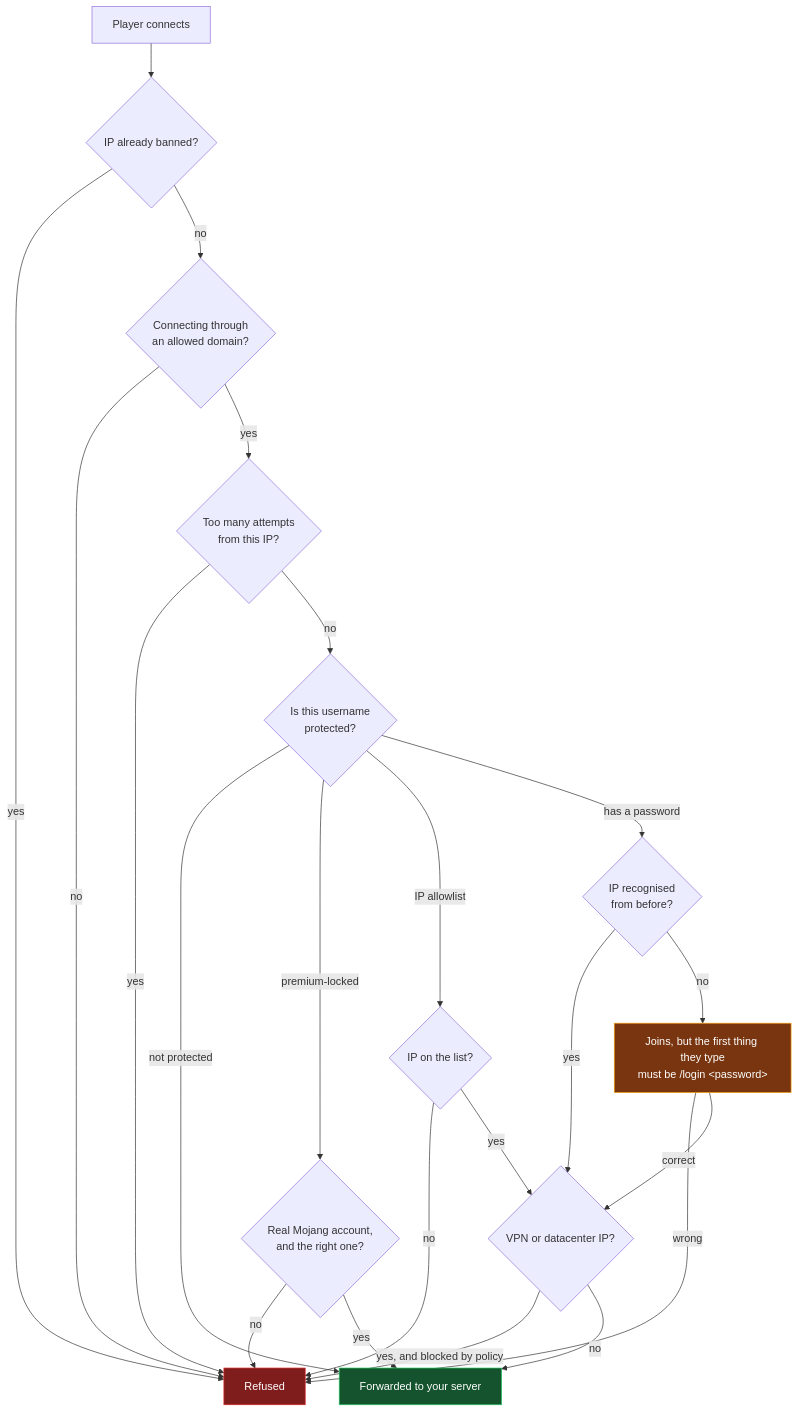
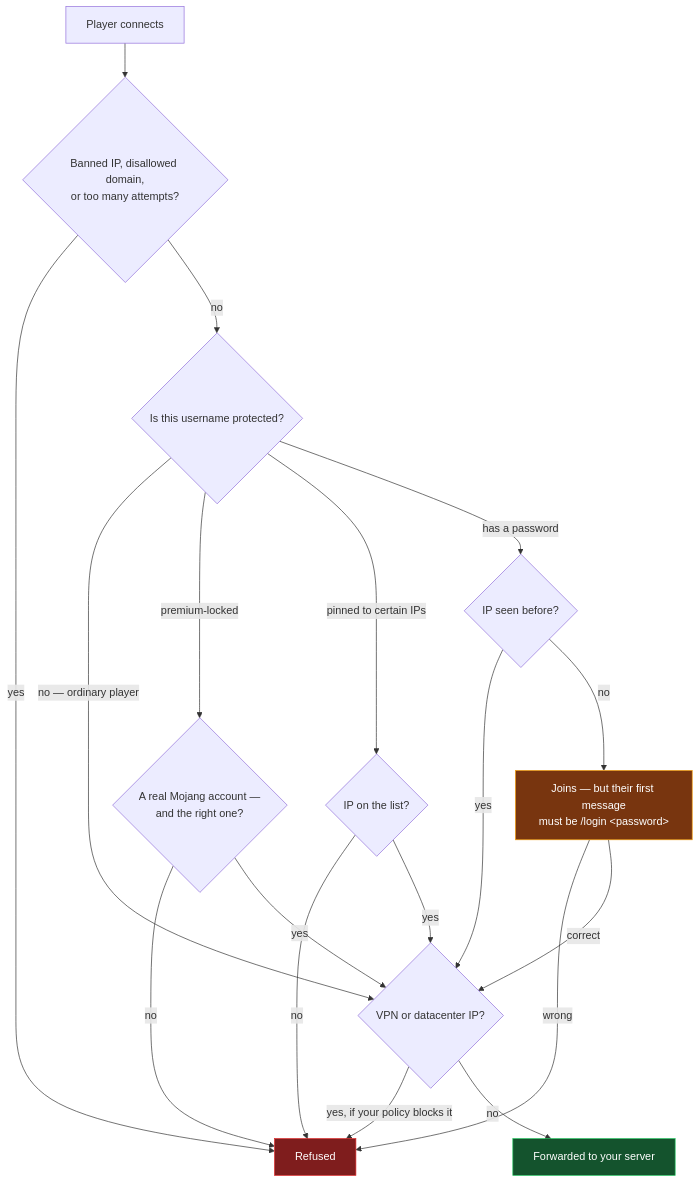
Before and after one commit to CaYatur/MinecraftFirewall: the first of 2 diagrams in README.md, drawn with Mermaid. The commit also changed other lines of this file, not shown here.

Commit message:
Compact the connection flowchart
Merged the three pre-checks that all mean the same thing to a reader - the
connection is refused before the username is even looked at - into one node.
Cuts two diamonds and several long crossing edges, so the diagram fits in
roughly half the vertical space without losing anything a reader needed.

Also states explicitly that an unprotected name behaves exactly like vanilla
offline mode, which the diagram implies but never said outright.

````diff
--- a/README.md
+++ b/README.md
@@ -80,31 +80,27 @@
 ```mermaid
 flowchart TD
-    A[Player connects] --> B{IP already banned?}
+    A[Player connects] --> B{"Banned IP, disallowed domain,<br/>or too many attempts?"}
     B -->|yes| X[Refused]
-    B -->|no| C{Connecting through<br/>an allowed domain?}
-    C -->|no| X
-    C -->|yes| D{Too many attempts<br/>from this IP?}
-    D -->|yes| X
-    D -->|no| E{Is this username<br/>protected?}
+    B -->|no| E{Is this username protected?}
 
-    E -->|"not protected"| PASS[Forwarded to your server]
-    E -->|"premium-locked"| F{Real Mojang account,<br/>and the right one?}
-    E -->|"IP allowlist"| G{IP on the list?}
-    E -->|"has a password"| H{IP recognised<br/>from before?}
+    E -->|"no — ordinary player"| V
+    E -->|"premium-locked"| F{"A real Mojang account —<br/>and the right one?"}
+    E -->|"pinned to certain IPs"| G{IP on the list?}
+    E -->|"has a password"| H{IP seen before?}
 
     F -->|no| X
-    F -->|yes| PASS
+    F -->|yes| V
     G -->|no| X
-    G -->|yes| I
-    H -->|yes| I
-    H -->|no| J["Joins, but the first thing they type<br/>must be /login &lt;password&gt;"]
+    G -->|yes| V
+    H -->|yes| V
+    H -->|no| J["Joins — but their first message<br/>must be /login &lt;password&gt;"]
     J -->|wrong| X
-    J -->|correct| I
+    J -->|correct| V
 
-    I{VPN or datacenter IP?} -->|"yes, and blocked by policy"| X
-    I -->|no| PASS
+    V{VPN or datacenter IP?} -->|"yes, if your policy blocks it"| X
+    V -->|no| PASS[Forwarded to your server]
 
     style X fill:#7f1d1d,stroke:#dc2626,color:#fff
     style PASS fill:#14532d,stroke:#22c55e,color:#fff
     style J fill:#78350f,stroke:#f59e0b,color:#fff
 ```
````
